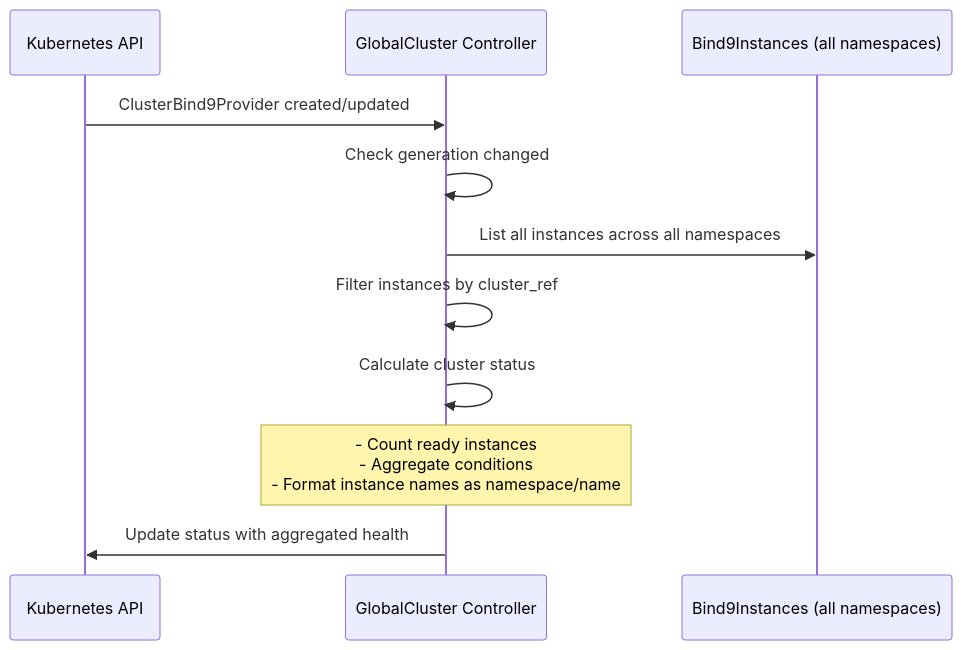
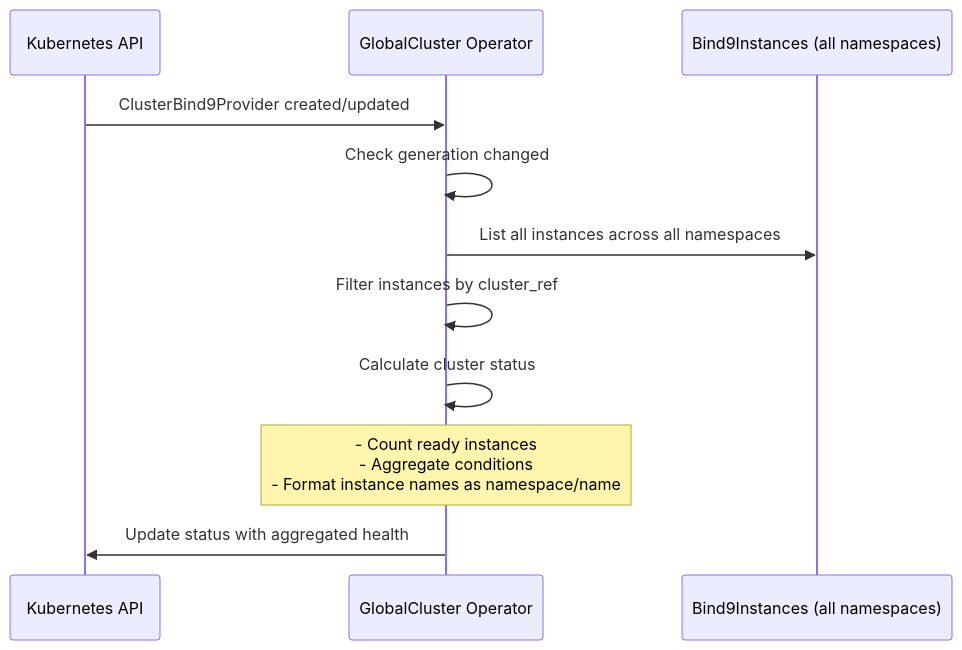
The fifth of 9 diagrams in docs/src/guide/architecture.md (firestoned/bindy), drawn with Mermaid before and after one commit. The commit also changed other lines of this file and 150 other files, not shown here.

Commit message:
Change the occurences from controller to operator (#83)

````diff
--- a/docs/src/guide/architecture.md
+++ b/docs/src/guide/architecture.md
@@ -266,14 +266,14 @@
 ```mermaid
 sequenceDiagram
     participant K8s as Kubernetes API
-    participant Controller as GlobalCluster Controller
+    participant Operator as GlobalCluster Operator
     participant Instances as Bind9Instances (all namespaces)
 
-    K8s->>Controller: ClusterBind9Provider created/updated
-    Controller->>Controller: Check generation changed
-    Controller->>Instances: List all instances across all namespaces
-    Controller->>Controller: Filter instances by cluster_ref
-    Controller->>Controller: Calculate cluster status
-    Note over Controller: - Count ready instances<br/>- Aggregate conditions<br/>- Format instance names as namespace/name
-    Controller->>K8s: Update status with aggregated health
+    K8s->>Operator: ClusterBind9Provider created/updated
+    Operator->>Operator: Check generation changed
+    Operator->>Instances: List all instances across all namespaces
+    Operator->>Operator: Filter instances by cluster_ref
+    Operator->>Operator: Calculate cluster status
+    Note over Operator: - Count ready instances<br/>- Aggregate conditions<br/>- Format instance names as namespace/name
+    Operator->>K8s: Update status with aggregated health
 ```
````
